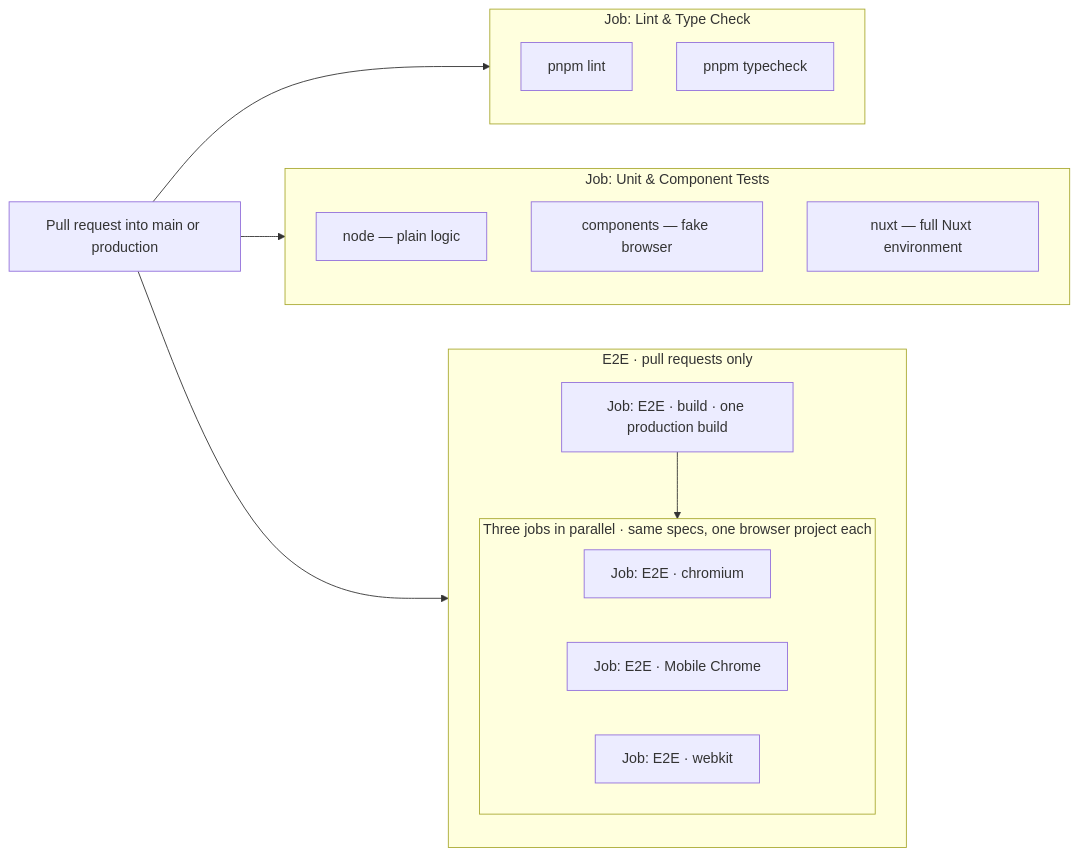
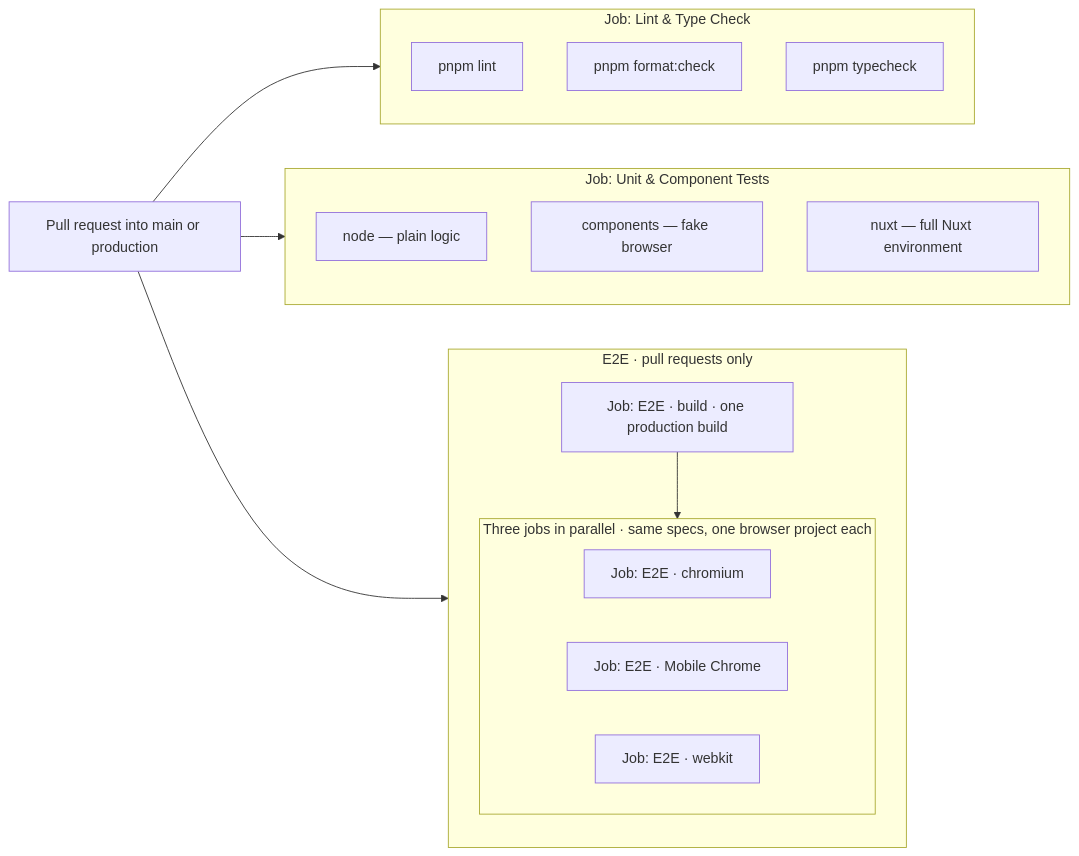
The first of 6 diagrams in docs/test-layers.md (geins-io/sales-portal), drawn with Mermaid before and after one commit. The commit also changed 5 other files, not shown here.

Commit message:
ci(format): run prettier check in the lint job

````diff
--- a/docs/test-layers.md
+++ b/docs/test-layers.md
@@ -14,33 +14,34 @@
 ```mermaid
 flowchart LR
     PR["Pull request into main or production"] --> LINT
     PR --> UNIT
     PR --> E2E
 
     subgraph LINT["Job: Lint &amp; Type Check"]
         direction TB
         L1["pnpm lint"]
-        L2["pnpm typecheck"]
+        L2["pnpm format:check"]
+        L3["pnpm typecheck"]
     end
 
     subgraph UNIT["Job: Unit &amp; Component Tests"]
         direction TB
         U1["node — plain logic"]
         U2["components — fake browser"]
         U3["nuxt — full Nuxt environment"]
     end
 
     subgraph E2E["E2E · pull requests only"]
         direction TB
         BUILD["Job: E2E · build · one production build"]
 
         subgraph LEGS["Three jobs in parallel · same specs, one browser project each"]
             direction LR
             B1["Job: E2E · chromium"]
             B2["Job: E2E · Mobile Chrome"]
             B3["Job: E2E · webkit"]
         end
 
         BUILD --> LEGS
     end
 ```
````
